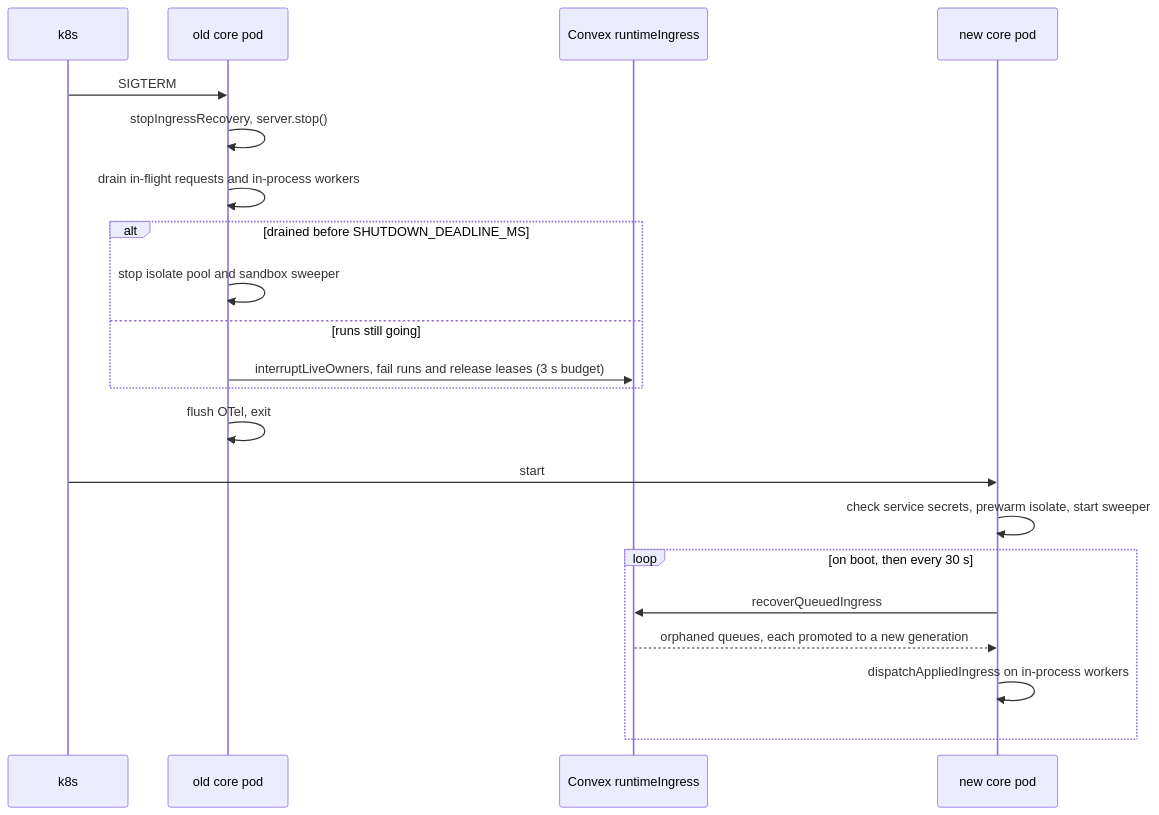
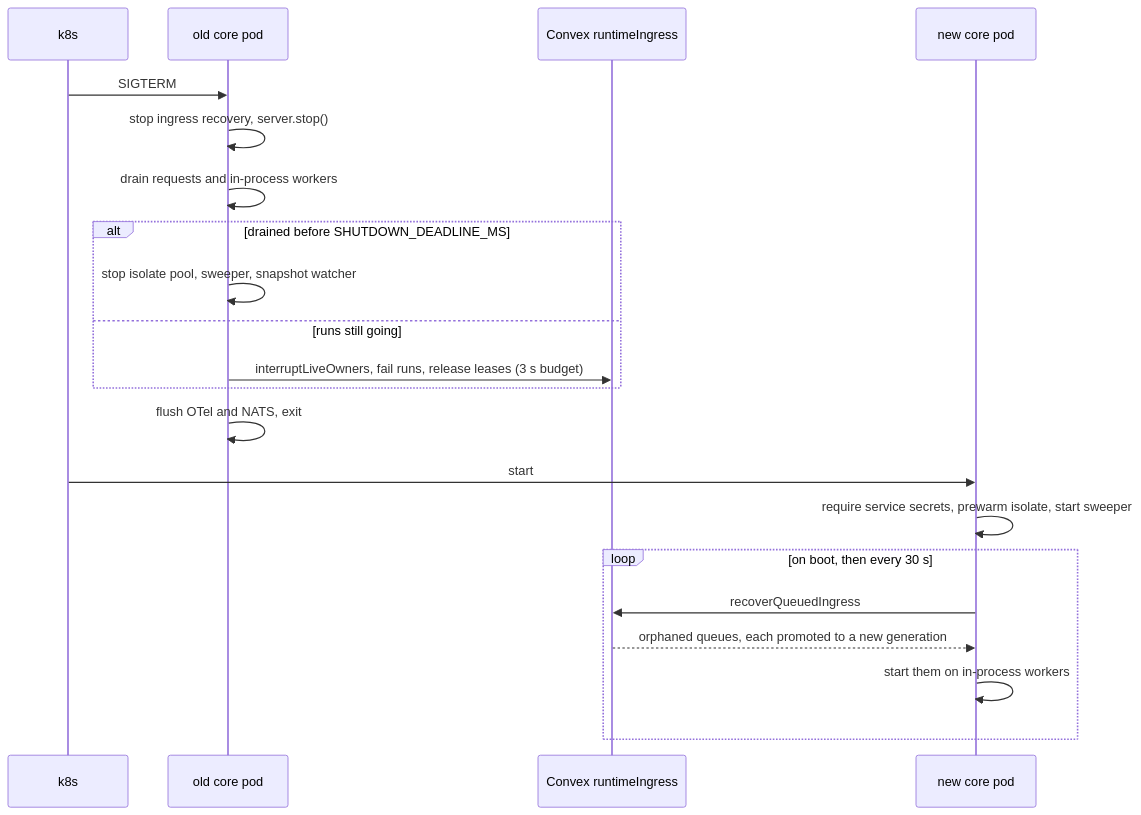
Before and after one commit to beeblastco/broods: the third of 8 diagrams in apps/docs/docs/internals/operations.md, drawn with Mermaid. The commit also changed other lines of this file and 13 other files, not shown here.

First line of the commit message:
docs(internals): diagram-first rewrite of the remaining internals pages

````diff
--- a/apps/docs/docs/internals/operations.md
+++ b/apps/docs/docs/internals/operations.md
@@ -47,24 +118,24 @@
 ```mermaid
 sequenceDiagram
   participant K as k8s
   participant Old as old core pod
   participant CVX as Convex runtimeIngress
   participant New as new core pod
 
   K->>Old: SIGTERM
-  Old->>Old: stopIngressRecovery, server.stop()
-  Old->>Old: drain in-flight requests and in-process workers
+  Old->>Old: stop ingress recovery, server.stop()
+  Old->>Old: drain requests and in-process workers
   alt drained before SHUTDOWN_DEADLINE_MS
-    Old->>Old: stop isolate pool and sandbox sweeper
+    Old->>Old: stop isolate pool, sweeper, snapshot watcher
   else runs still going
-    Old->>CVX: interruptLiveOwners, fail runs and release leases (3 s budget)
+    Old->>CVX: interruptLiveOwners, fail runs, release leases (3 s budget)
   end
-  Old->>Old: flush OTel, exit
+  Old->>Old: flush OTel and NATS, exit
   K->>New: start
-  New->>New: check service secrets, prewarm isolate, start sweeper
+  New->>New: require service secrets, prewarm isolate, start sweeper
   loop on boot, then every 30 s
     New->>CVX: recoverQueuedIngress
     CVX-->>New: orphaned queues, each promoted to a new generation
-    New->>New: dispatchAppliedIngress on in-process workers
+    New->>New: start them on in-process workers
   end
 ```
````
